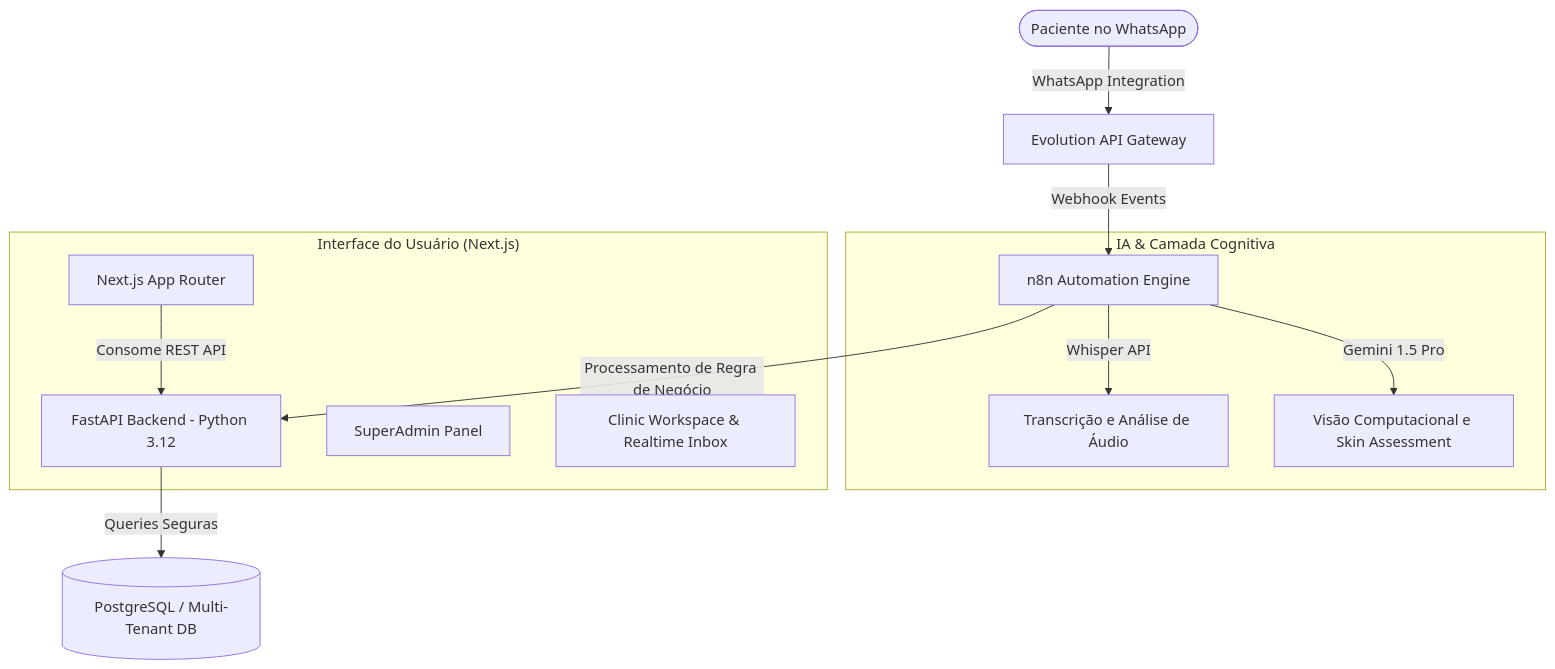
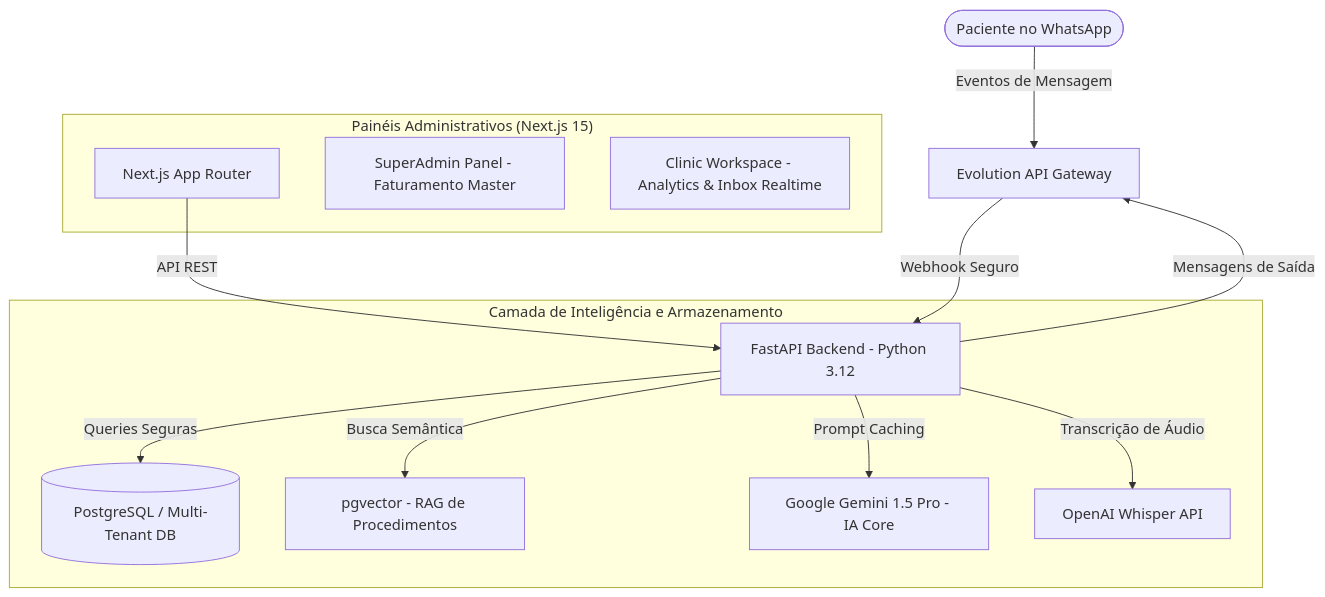
One commit to codebyjuliamendes/secretar.ia changed the diagram in README.md. Above: the diagram before and after it, drawn with Mermaid. The commit also changed other lines of this file and 1 other file, not shown here.

Commit message:
feat: integrate self-service onboarding, pgvector RAG, prompt caching, and ROI dashboard on frontend and update docs to native architecture

````diff
--- a/README.md
+++ b/README.md
@@ -13,19 +13,20 @@
 ```mermaid
 graph TD
-    Patient([Paciente no WhatsApp]) -->|WhatsApp Integration| Evolution[Evolution API Gateway]
-    Evolution -->|Webhook Events| N8n[n8n Automation Engine]
+    Patient([Paciente no WhatsApp]) -->|Eventos de Mensagem| Evolution[Evolution API Gateway]
+    Evolution -->|Webhook Seguro| Python[FastAPI Backend - Python 3.12]
     
-    subgraph "IA & Camada Cognitiva"
-        N8n -->|Whisper API| Transcription[Transcrição e Análise de Áudio]
-        N8n -->|Gemini 1.5 Pro| Vision[Visão Computacional e Skin Assessment]
+    subgraph "Camada de Inteligência e Armazenamento"
+        Python -->|Queries Seguras| Postgres[(PostgreSQL / Multi-Tenant DB)]
+        Python -->|Busca Semântica| Vector[pgvector - RAG de Procedimentos]
+        Python -->|Prompt Caching| Gemini[Google Gemini 1.5 Pro - IA Core]
+        Python -->|Transcrição de Áudio| Whisper[OpenAI Whisper API]
     end
 
-    N8n -->|Processamento de Regra de Negócio| Python[FastAPI Backend - Python 3.12]
-    Python -->|Queries Seguras| Postgres[(PostgreSQL / Multi-Tenant DB)]
+    subgraph "Painéis Administrativos (Next.js 15)"
+        Next[Next.js App Router] -->|API REST| Python
+        Admin[SuperAdmin Panel - Faturamento Master]
+        Clinic[Clinic Workspace - Analytics & Inbox Realtime]
+    end
     
-    subgraph "Interface do Usuário (Next.js)"
-        Next[Next.js App Router] -->|Consome REST API| Python
-        Admin[SuperAdmin Panel]
-        Clinic[Clinic Workspace & Realtime Inbox]
-    end
+    Python -->|Mensagens de Saída| Evolution
 ```
````
